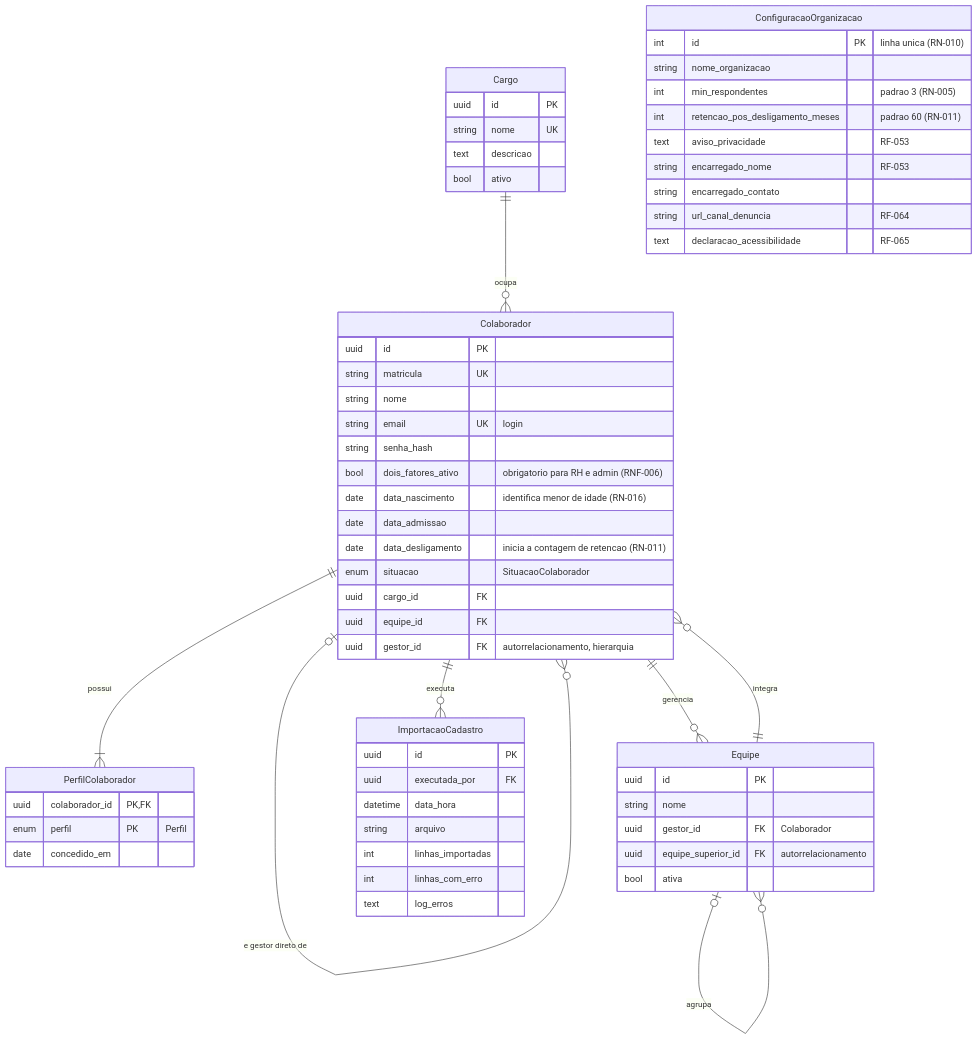
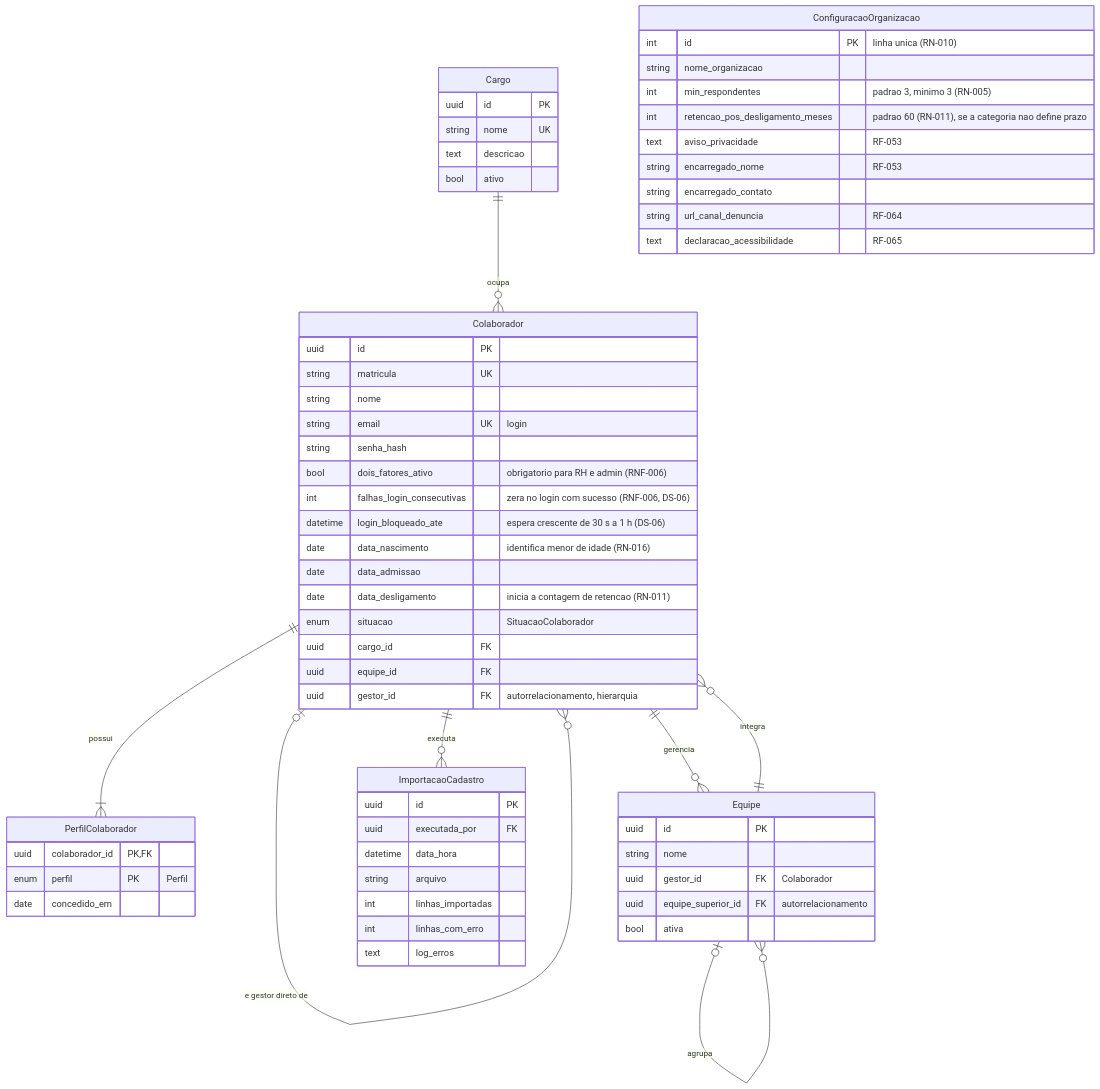
One commit to isadora-yasmim/dominios-de-software-2026-2 changed the second of 7 diagrams in docs/modelagem/modelo-dados/Modelo_Dominio_ER.md. Above: the diagram before and after it, drawn with Mermaid. The commit also changed other lines of this file and 27 other files, not shown here.

````diff
--- a/docs/modelagem/modelo-dados/Modelo_Dominio_ER.md
+++ b/docs/modelagem/modelo-dados/Modelo_Dominio_ER.md
@@ -86,64 +87,66 @@
 ```mermaid
 erDiagram
     Colaborador {
         uuid id PK
         string matricula UK
         string nome
         string email UK "login"
         string senha_hash
         bool dois_fatores_ativo "obrigatorio para RH e admin (RNF-006)"
+        int falhas_login_consecutivas "zera no login com sucesso (RNF-006, DS-06)"
+        datetime login_bloqueado_ate "espera crescente de 30 s a 1 h (DS-06)"
         date data_nascimento "identifica menor de idade (RN-016)"
         date data_admissao
         date data_desligamento "inicia a contagem de retencao (RN-011)"
         enum situacao "SituacaoColaborador"
         uuid cargo_id FK
         uuid equipe_id FK
         uuid gestor_id FK "autorrelacionamento, hierarquia"
     }
     PerfilColaborador {
         uuid colaborador_id PK, FK
         enum perfil PK "Perfil"
         date concedido_em
     }
     Cargo {
         uuid id PK
         string nome UK
         text descricao
         bool ativo
     }
     Equipe {
         uuid id PK
         string nome
         uuid gestor_id FK "Colaborador"
         uuid equipe_superior_id FK "autorrelacionamento"
         bool ativa
     }
     ImportacaoCadastro {
         uuid id PK
         uuid executada_por FK
         datetime data_hora
         string arquivo
         int linhas_importadas
         int linhas_com_erro
         text log_erros
     }
     ConfiguracaoOrganizacao {
         int id PK "linha unica (RN-010)"
         string nome_organizacao
-        int min_respondentes "padrao 3 (RN-005)"
-        int retencao_pos_desligamento_meses "padrao 60 (RN-011)"
+        int min_respondentes "padrao 3, minimo 3 (RN-005)"
+        int retencao_pos_desligamento_meses "padrao 60 (RN-011), se a categoria nao define prazo"
         text aviso_privacidade "RF-053"
         string encarregado_nome "RF-053"
         string encarregado_contato
         string url_canal_denuncia "RF-064"
         text declaracao_acessibilidade "RF-065"
     }
 
     Cargo ||--o{ Colaborador : ocupa
     Equipe ||--o{ Colaborador : integra
     Colaborador o|--o{ Colaborador : "e gestor direto de"
     Colaborador ||--|{ PerfilColaborador : possui
     Colaborador ||--o{ Equipe : gerencia
     Equipe o|--o{ Equipe : "agrupa"
     Colaborador ||--o{ ImportacaoCadastro : executa
 ```
````
